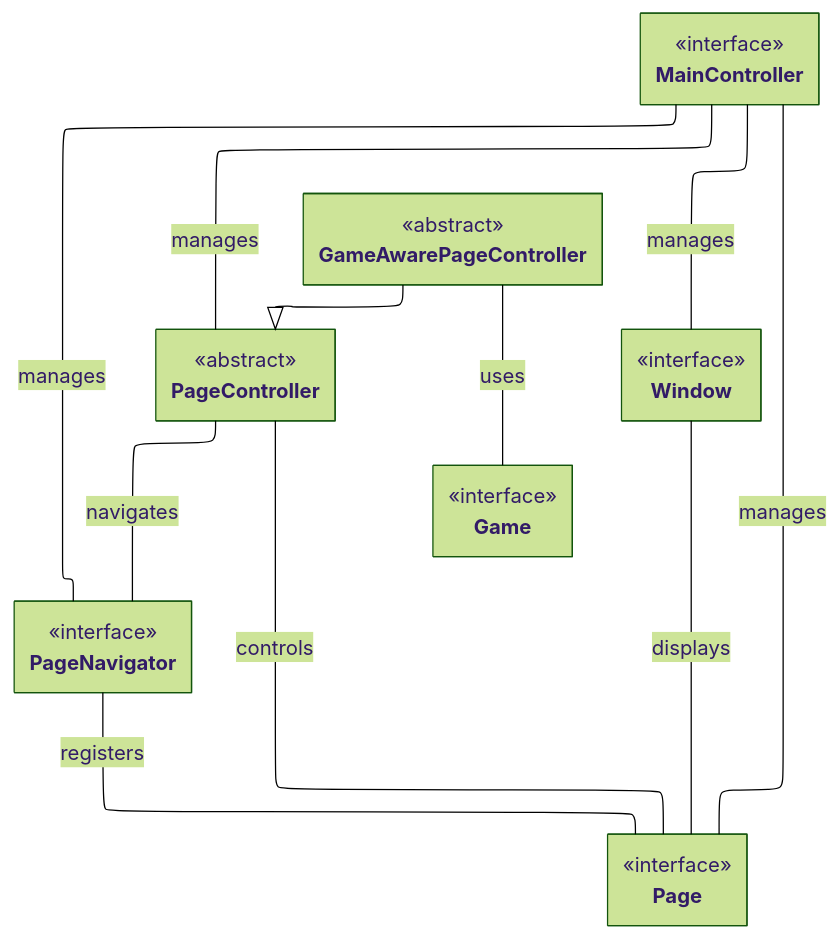
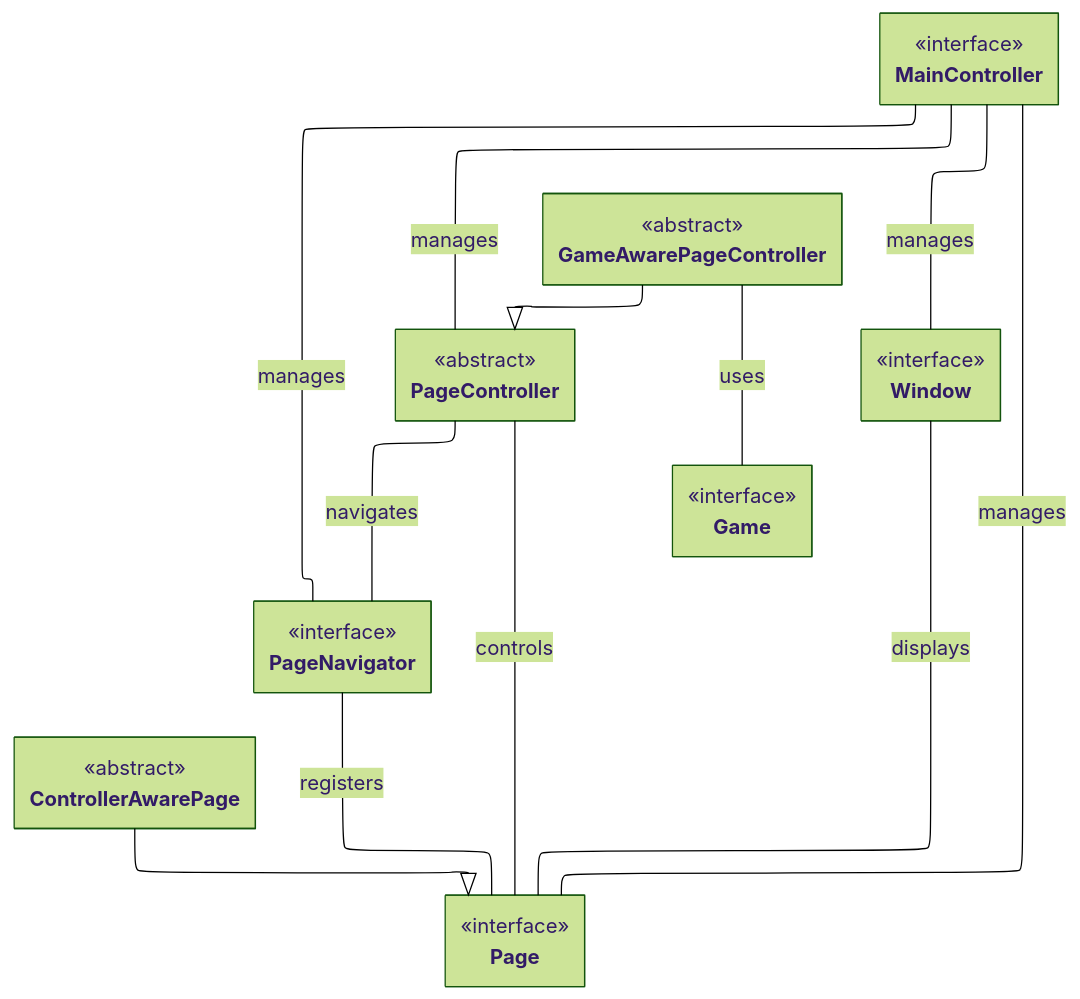
One commit to Wanes01/OOP24-jvmt-REPORT changed the diagram in code/Other/uml/emir/architecture.mermaid. Above: the diagram before and after it, drawn with Mermaid (forest theme). The commit also changed 2 other files, not shown here.

Commit message:
Fixed Architecture

```diff
--- a/code/Other/uml/emir/architecture.mermaid
+++ b/code/Other/uml/emir/architecture.mermaid
@@ -1,39 +1,45 @@
 ---
 config:
   layout: elk
   class:
     hideEmptyMembersBox: true
 ---
 classDiagram
 direction TB
     class MainController {
     }
     class PageController {
     }
     class GameAwarePageController {
     }
+    class ControllerAwarePage {
+    }
     class PageNavigator {
     }
     class Window {
     }
     class Page {
     }
     class Game {
     }
+
 	<<interface>> MainController
 	<<abstract>> PageController
 	<<abstract>> GameAwarePageController
+	<<abstract>> ControllerAwarePage
+	<<interface>> PageNavigator
 	<<interface>> Window
 	<<interface>> Page
-	<<interface>> PageNavigator
 	<<interface>> Game
+
     MainController -- Window : manages
     MainController -- PageNavigator : manages
     MainController -- Page : manages
     MainController -- PageController : manages
     PageController -- Page : controls
     PageController -- PageNavigator : navigates
     GameAwarePageController --|> PageController
     GameAwarePageController -- Game : uses
+    ControllerAwarePage --|> Page
     PageNavigator -- Page : registers
     Window -- Page : displays
```
